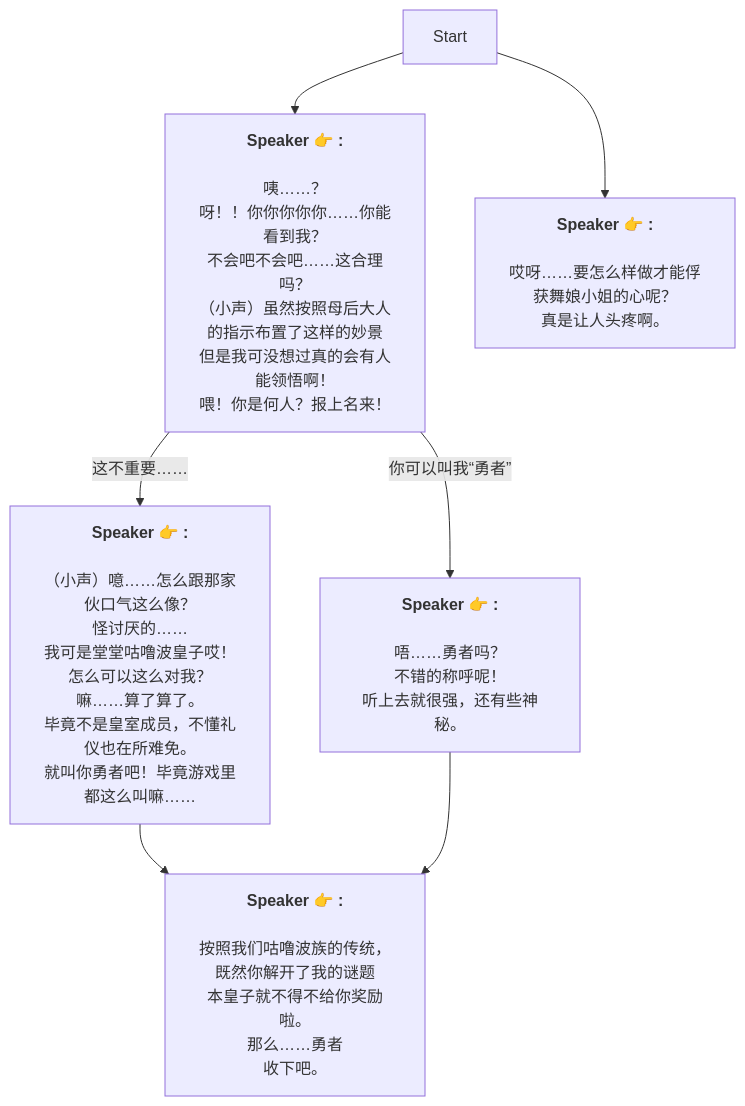
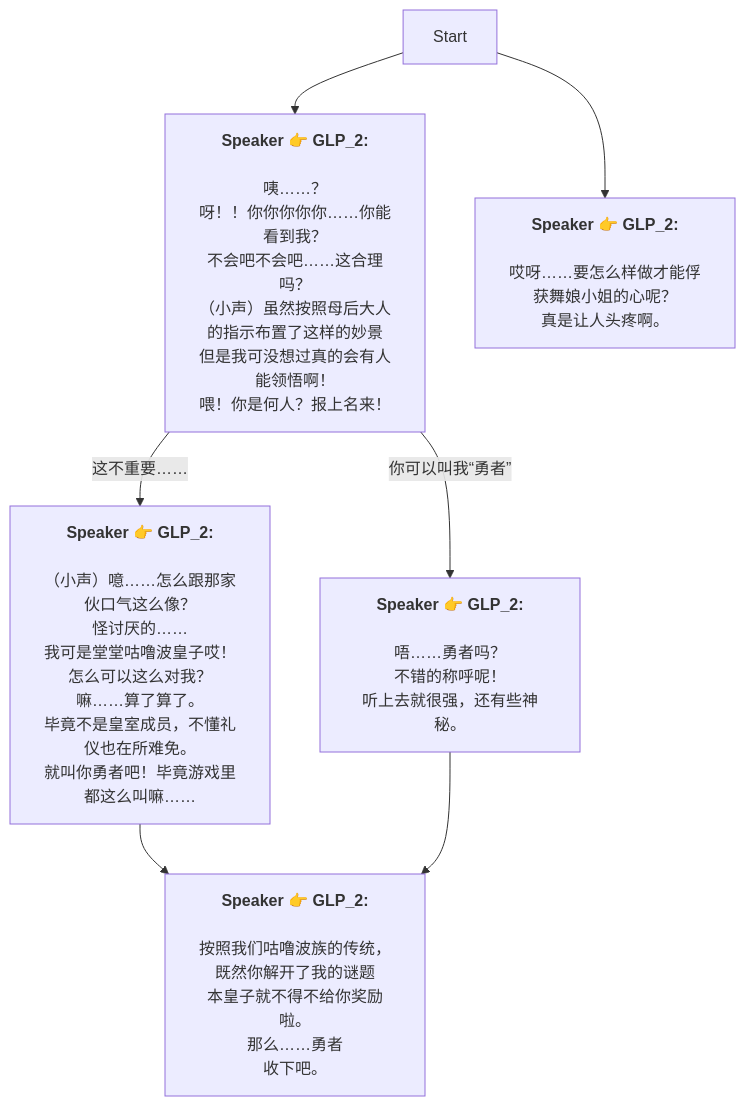
One commit to SoftHu/tos_avg changed the diagram in Zh/GLP_1.md. Above: the diagram before and after it, drawn with Mermaid. The commit also changed 410 other files, not shown here.

````diff
--- a/Zh/GLP_1.md
+++ b/Zh/GLP_1.md
@@ -1,30 +1,30 @@
 ```mermaid
 graph
-Start -->1719149895073827[<b>Speaker 👉 :</b>
+Start -->1719149895073827[<b>Speaker 👉 GLP_2:</b>
 \n咦……？
 呀！！你你你你你……你能看到我？\n不会吧不会吧……这合理吗？
 （小声）虽然按照母后大人的指示布置了这样的妙景
 但是我可没想过真的会有人能领悟啊！\n喂！你是何人？报上名来！]
-1719149895073827 -->|这不重要……|1719149977353257[<b>Speaker 👉 :</b>
+1719149895073827 -->|这不重要……|1719149977353257[<b>Speaker 👉 GLP_2:</b>
 \n（小声）噫……怎么跟那家伙口气这么像？
 怪讨厌的……
 我可是堂堂咕噜波皇子哎！怎么可以这么对我？\n嘛……算了算了。
 毕竟不是皇室成员，不懂礼仪也在所难免。
 就叫你勇者吧！毕竟游戏里都这么叫嘛……]
-1719149895073827 -->|你可以叫我“勇者”|1719152199926806[<b>Speaker 👉 :</b>
+1719149895073827 -->|你可以叫我“勇者”|1719152199926806[<b>Speaker 👉 GLP_2:</b>
 \n唔……勇者吗？
 不错的称呼呢！
 听上去就很强，还有些神秘。]
-1719149977353257 -->1719153501420566[<b>Speaker 👉 :</b>
+1719149977353257 -->1719153501420566[<b>Speaker 👉 GLP_2:</b>
 \n按照我们咕噜波族的传统，既然你解开了我的谜题
 本皇子就不得不给你奖励啦。\n那么……勇者
 收下吧。]
-1719152199926806 -->1719153501420566[<b>Speaker 👉 :</b>
+1719152199926806 -->1719153501420566[<b>Speaker 👉 GLP_2:</b>
 \n按照我们咕噜波族的传统，既然你解开了我的谜题
 本皇子就不得不给你奖励啦。\n那么……勇者
 收下吧。]
-Start -->1724022901524527[<b>Speaker 👉 :</b>
+Start -->1724022901524527[<b>Speaker 👉 GLP_2:</b>
 \n哎呀……要怎么样做才能俘获舞娘小姐的心呢？
 真是让人头疼啊。]
 
 ```
````
